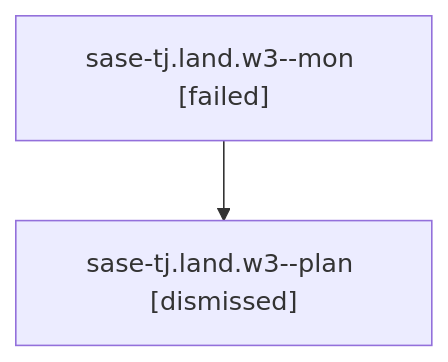
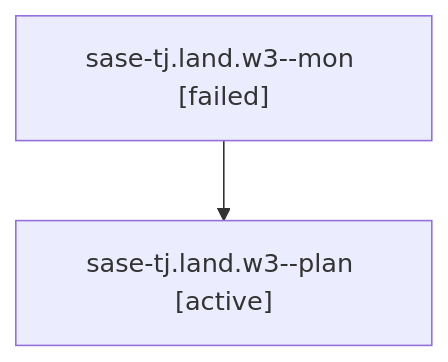
Before and after one commit to sase-org/sase--agents: the diagram in families/bbugyi200.athena.sase-tj.land.w3.md, drawn with Mermaid. The commit also changed other lines of this file and 35830 other files, not shown here.

````diff
--- a/families/bbugyi200.athena.sase-tj.land.w3.md
+++ b/families/bbugyi200.athena.sase-tj.land.w3.md
@@ -9,6 +9,6 @@
 ```mermaid
 flowchart TD
   n0["sase-tj.land.w3--mon [failed]"]
-  n1["sase-tj.land.w3--plan [dismissed]"]
+  n1["sase-tj.land.w3--plan [active]"]
   n0 --> n1
 ```
````
